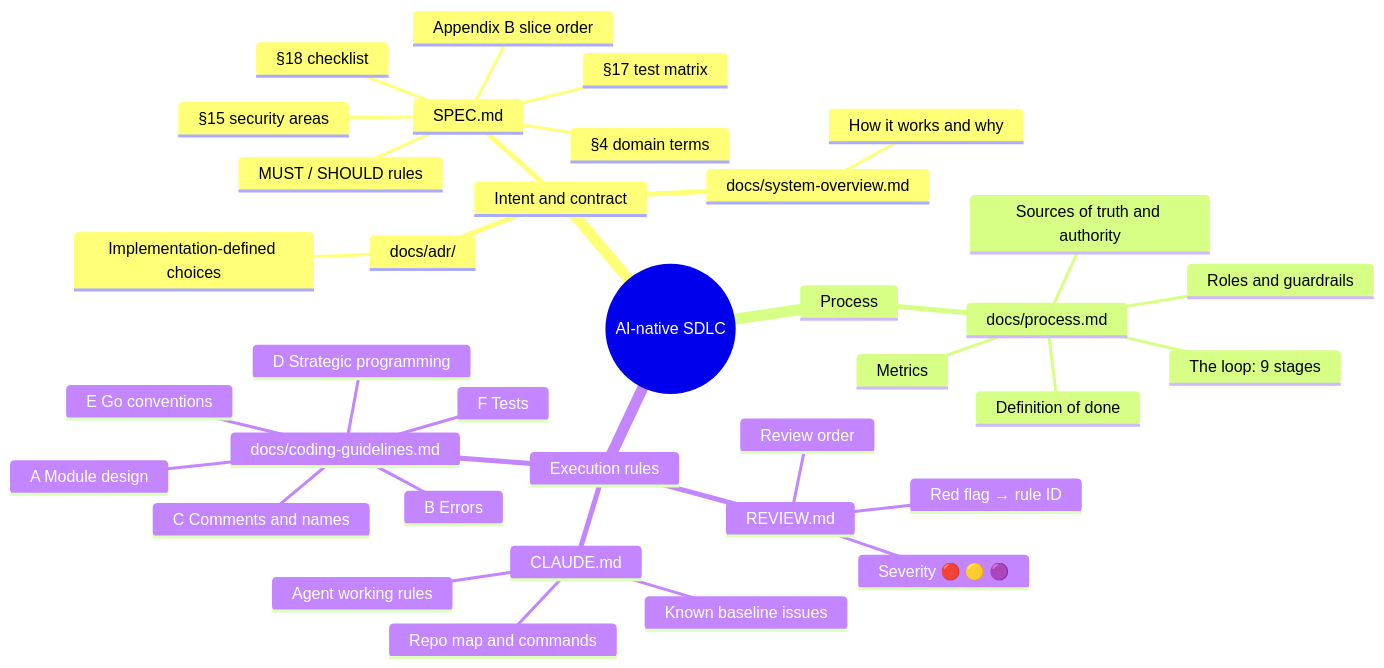
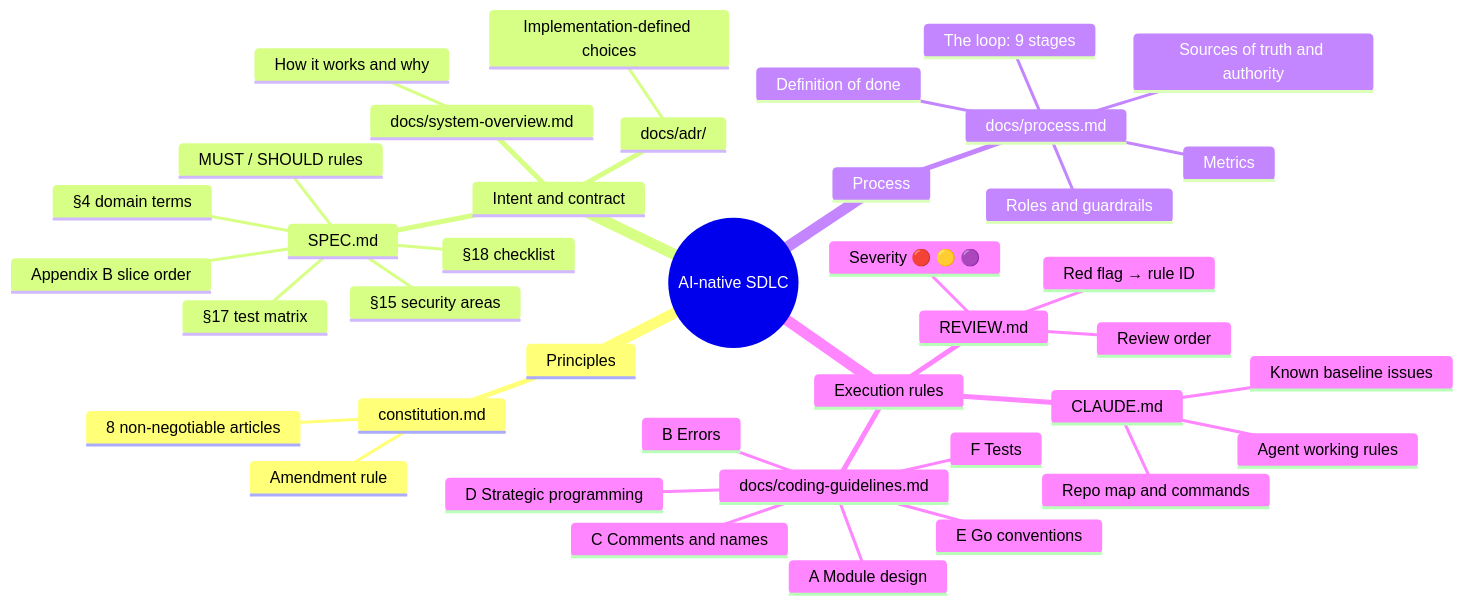
One commit to balaji-balu/ieo changed the first of 2 diagrams in docs/docs-map.md. Above: the diagram before and after it, drawn with Mermaid. The commit also changed other lines of this file and 2 other files, not shown here.

First line of the commit message:
docs: add constitution.md and link it from CLAUDE.md and the docs map

````diff
--- a/docs/docs-map.md
+++ b/docs/docs-map.md
@@ -7,39 +7,43 @@
 ```mermaid
 mindmap
   root((AI-native SDLC))
+    Principles
+      constitution.md
+        8 non-negotiable articles
+        Amendment rule
     Intent and contract
       SPEC.md
         MUST / SHOULD rules
         §4 domain terms
         §15 security areas
         §17 test matrix
         §18 checklist
         Appendix B slice order
       docs/system-overview.md
         How it works and why
       docs/adr/
         Implementation-defined choices
     Process
       docs/process.md
         Sources of truth and authority
         The loop: 9 stages
         Roles and guardrails
         Definition of done
         Metrics
     Execution rules
       CLAUDE.md
         Agent working rules
         Repo map and commands
         Known baseline issues
       docs/coding-guidelines.md
         A Module design
         B Errors
         C Comments and names
         D Strategic programming
         E Go conventions
         F Tests
       REVIEW.md
         Review order
         Severity 🔴 🟡 🟣
         Red flag → rule ID
 ```
````
